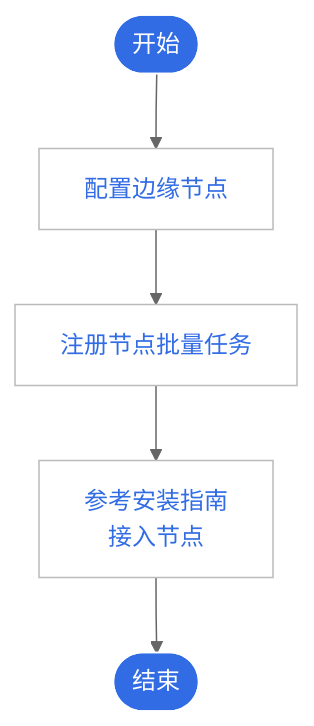
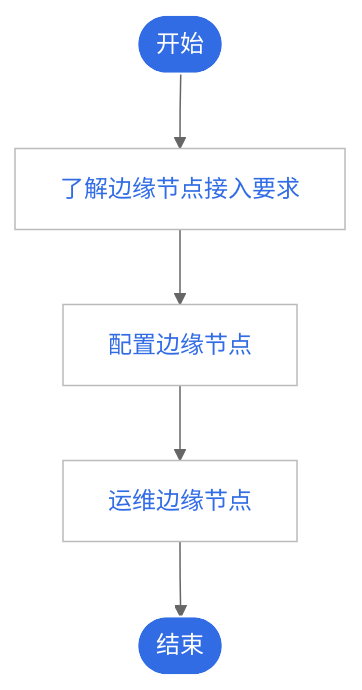
The diagram in docs/zh/docs/kant/user-guide/node/index.md (DaoCloud/DaoCloud-docs), drawn with Mermaid (neutral theme) before and after one commit. The commit also changed 1 other file, not shown here.

Commit message:
fix mermaid for kant/user-guide/node

````diff
--- a/docs/zh/docs/kant/user-guide/node/index.md
+++ b/docs/zh/docs/kant/user-guide/node/index.md
@@ -16,16 +16,16 @@
 ```mermaid
 graph TB
 
-start1([开始]) --> config[配置边缘节点]
-config --> register[注册节点批量任务] --> join[参考安装指南<br/>接入节点] --> end1([结束])
+start1([开始]) --> require[了解边缘节点接入要求] --> config[配置边缘节点] -->oam[运维边缘节点] --> end1([结束])
 
 classDef plain fill:#ddd,stroke:#fff,stroke-width:1px,color:#000;
 classDef k8s fill:#326ce5,stroke:#fff,stroke-width:1px,color:#fff;
 classDef cluster fill:#fff,stroke:#bbb,stroke-width:1px,color:#326ce5;
 
 class start1,end1 k8s;
-class config,register,join cluster
+class require,config,oam cluster
 
-click register "https://docs.daocloud.io/kant/user-guide/node/batch-registration.html"
-click join "https://docs.daocloud.io/kant/user-guide/node/managed-node.html"
+click require "https://docs.daocloud.io/kant/user-guide/node/join-rqmt.html"
+click config "https://docs.daocloud.io/kant/user-guide/node/access-guide.html"
+click oam "https://docs.daocloud.io/kant/user-guide/node/manage-node.html"
 ```
````
